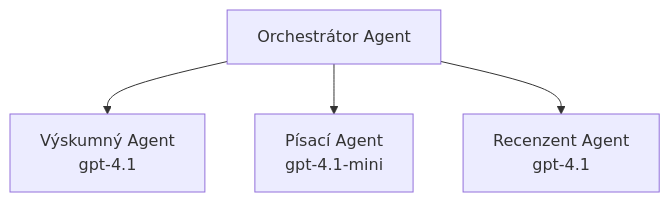
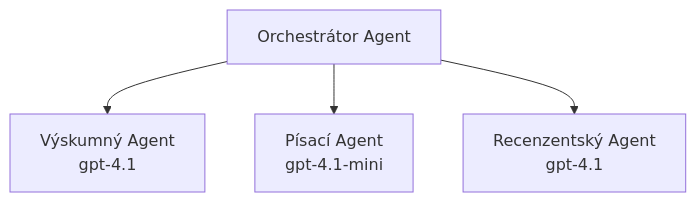
Before and after one commit to microsoft/AZD-for-beginners: the third of 3 diagrams in translations/sk/docs/chapter-02-ai-development/agents.md, drawn with Mermaid. The commit also changed other lines of this file and 101 other files, not shown here.

````diff
--- a/translations/sk/docs/chapter-02-ai-development/agents.md
+++ b/translations/sk/docs/chapter-02-ai-development/agents.md
@@ -189,6 +194,6 @@
 ```mermaid
 graph TD
     Orchestrator[Orchestrátor Agent] --> Research[Výskumný Agent<br/>gpt-4.1]
     Orchestrator --> Writer[Písací Agent<br/>gpt-4.1-mini]
-    Orchestrator --> Reviewer[Recenzent Agent<br/>gpt-4.1]
+    Orchestrator --> Reviewer[Recenzentský Agent<br/>gpt-4.1]
 ```
````
